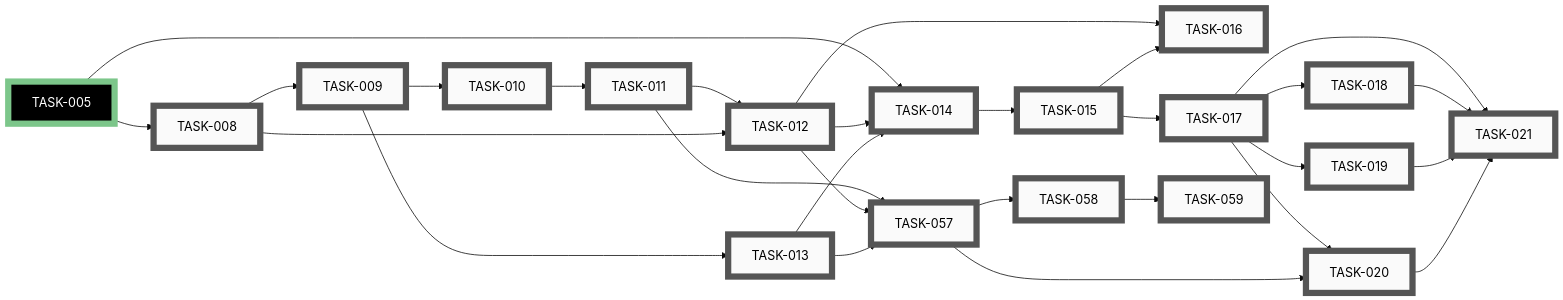
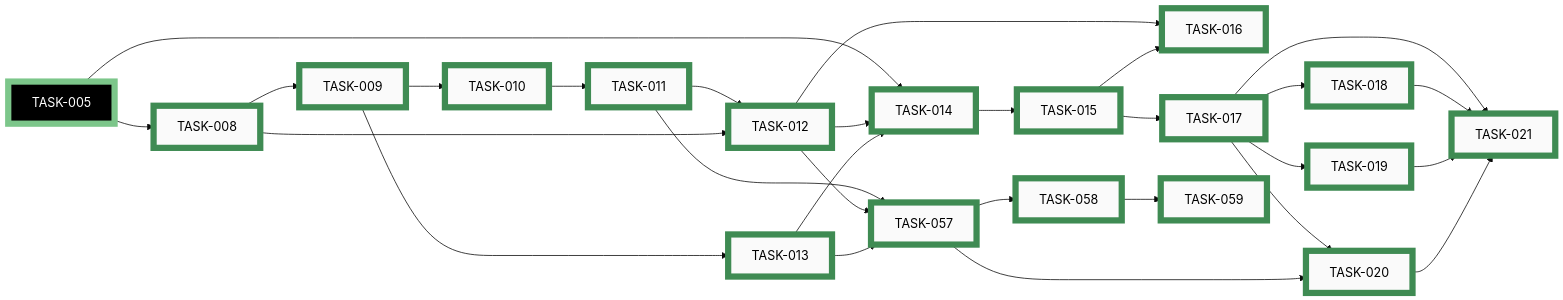
One commit to tgd1975/CircuitSmith changed the second of 11 diagrams in docs/developers/tasks/EPICS.md. Above: the diagram before and after it, drawn with Mermaid (base theme). The commit also changed other lines of this file and 100 other files, not shown here.

First line of the commit message:
close EPIC-002: Circuit Skill — Renderer and Layout Engine

````diff
--- a/docs/developers/tasks/EPICS.md
+++ b/docs/developers/tasks/EPICS.md
@@ -90,74 +91,74 @@
 ```mermaid
 graph LR
-    TASK_008["TASK-008"]:::open
-    TASK_009["TASK-009"]:::open
-    TASK_010["TASK-010"]:::open
-    TASK_011["TASK-011"]:::open
-    TASK_012["TASK-012"]:::open
-    TASK_013["TASK-013"]:::open
-    TASK_014["TASK-014"]:::open
-    TASK_015["TASK-015"]:::open
-    TASK_016["TASK-016"]:::open
-    TASK_017["TASK-017"]:::open
-    TASK_018["TASK-018"]:::open
-    TASK_019["TASK-019"]:::open
-    TASK_020["TASK-020"]:::open
-    TASK_021["TASK-021"]:::open
-    TASK_057["TASK-057"]:::open
-    TASK_058["TASK-058"]:::open
-    TASK_059["TASK-059"]:::open
+    TASK_008["TASK-008"]:::closed
+    TASK_009["TASK-009"]:::closed
+    TASK_010["TASK-010"]:::closed
+    TASK_011["TASK-011"]:::closed
+    TASK_012["TASK-012"]:::closed
+    TASK_013["TASK-013"]:::closed
+    TASK_014["TASK-014"]:::closed
+    TASK_015["TASK-015"]:::closed
+    TASK_016["TASK-016"]:::closed
+    TASK_017["TASK-017"]:::closed
+    TASK_018["TASK-018"]:::closed
+    TASK_019["TASK-019"]:::closed
+    TASK_020["TASK-020"]:::closed
+    TASK_021["TASK-021"]:::closed
+    TASK_057["TASK-057"]:::closed
+    TASK_058["TASK-058"]:::closed
+    TASK_059["TASK-059"]:::closed
     TASK_005["TASK-005"]:::closedExt
     TASK_005 --> TASK_008
     TASK_008 --> TASK_009
     TASK_009 --> TASK_010
     TASK_010 --> TASK_011
     TASK_011 --> TASK_012
     TASK_008 --> TASK_012
     TASK_009 --> TASK_013
     TASK_005 --> TASK_014
     TASK_012 --> TASK_014
     TASK_013 --> TASK_014
     TASK_014 --> TASK_015
     TASK_012 --> TASK_016
     TASK_015 --> TASK_016
     TASK_015 --> TASK_017
     TASK_017 --> TASK_018
     TASK_017 --> TASK_019
     TASK_017 --> TASK_020
     TASK_057 --> TASK_020
     TASK_017 --> TASK_021
     TASK_018 --> TASK_021
     TASK_019 --> TASK_021
     TASK_020 --> TASK_021
     TASK_011 --> TASK_057
     TASK_012 --> TASK_057
     TASK_013 --> TASK_057
     TASK_057 --> TASK_058
     TASK_058 --> TASK_059
-    click TASK_008 "open/task-008-implement-netgraph-data-model.md"
-    click TASK_009 "open/task-009-implement-layout-kernel-canonical-slots.md"
-    click TASK_010 "open/task-010-implement-manhattan-router.md"
-    click TASK_011 "open/task-011-implement-v01-structural-rubric.md"
-    click TASK_012 "open/task-012-implement-renderer.md"
-    click TASK_013 "open/task-013-write-layout-json-schema.md"
-    click TASK_014 "open/task-014-author-circuit-yml-and-layout-yml-pairs.md"
-    click TASK_015 "open/task-015-cutover-pr-retire-old-generator.md"
-    click TASK_016 "open/task-016-write-renderer-and-layout-docs.md"
-    click TASK_017 "open/task-017-implement-ai-placer-convergence-loop.md"
-    click TASK_018 "open/task-018-add-no-ai-fallback-flag.md"
-    click TASK_019 "open/task-019-extend-rubric-with-numeric-checks.md"
-    click TASK_020 "open/task-020-extend-meta-yml-provenance.md"
-    click TASK_021 "open/task-021-update-layout-docs-for-ai-placer.md"
-    click TASK_057 "open/task-057-emit-v01-escalations-to-meta-yml.md"
-    click TASK_058 "open/task-058-implement-check-phase2b-trigger.md"
-    click TASK_059 "open/task-059-wire-phase2b-gate-into-release-script.md"
+    click TASK_008 "closed/task-008-implement-netgraph-data-model.md"
+    click TASK_009 "closed/task-009-implement-layout-kernel-canonical-slots.md"
+    click TASK_010 "closed/task-010-implement-manhattan-router.md"
+    click TASK_011 "closed/task-011-implement-v01-structural-rubric.md"
+    click TASK_012 "closed/task-012-implement-renderer.md"
+    click TASK_013 "closed/task-013-write-layout-json-schema.md"
+    click TASK_014 "closed/task-014-author-circuit-yml-and-layout-yml-pairs.md"
+    click TASK_015 "closed/task-015-cutover-pr-retire-old-generator.md"
+    click TASK_016 "closed/task-016-write-renderer-and-layout-docs.md"
+    click TASK_017 "closed/task-017-implement-ai-placer-convergence-loop.md"
+    click TASK_018 "closed/task-018-add-no-ai-fallback-flag.md"
+    click TASK_019 "closed/task-019-extend-rubric-with-numeric-checks.md"
+    click TASK_020 "closed/task-020-extend-meta-yml-provenance.md"
+    click TASK_021 "closed/task-021-update-layout-docs-for-ai-placer.md"
+    click TASK_057 "closed/task-057-emit-v01-escalations-to-meta-yml.md"
+    click TASK_058 "closed/task-058-implement-check-phase2b-trigger.md"
+    click TASK_059 "closed/task-059-wire-phase2b-gate-into-release-script.md"
     click TASK_005 "closed/task-005-write-circuit-json-schema.md"
     classDef open    fill:#FAFAFA,stroke:#555,stroke-width:8px,color:#000
     classDef active  fill:#FAFAFA,stroke:#1A6FA8,stroke-width:8px,color:#000
     classDef closed  fill:#FAFAFA,stroke:#3F8B53,stroke-width:8px,color:#000
     classDef paused  fill:#FAFAFA,stroke:#B07810,stroke-width:8px,color:#000
     classDef openExt    fill:#000,stroke:#888,stroke-width:8px,color:#FFF
     classDef activeExt  fill:#000,stroke:#3FA9F5,stroke-width:8px,color:#FFF
     classDef closedExt  fill:#000,stroke:#7CC68A,stroke-width:8px,color:#FFF
     classDef pausedExt  fill:#000,stroke:#F0B030,stroke-width:8px,color:#FFF
 ```
````
